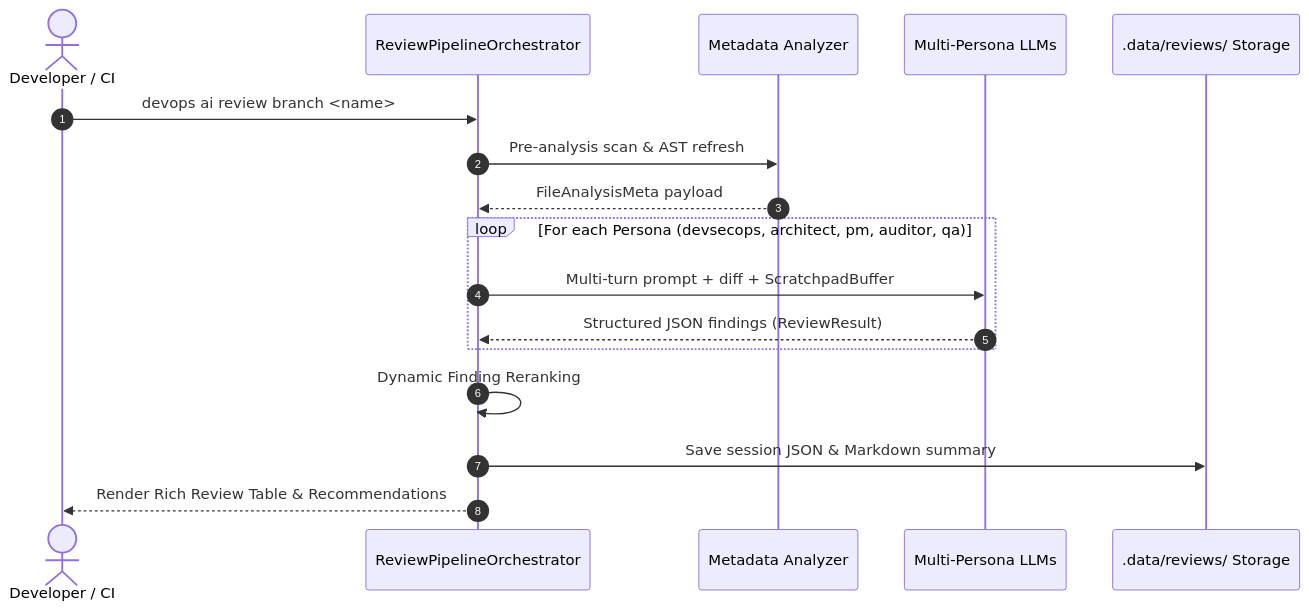
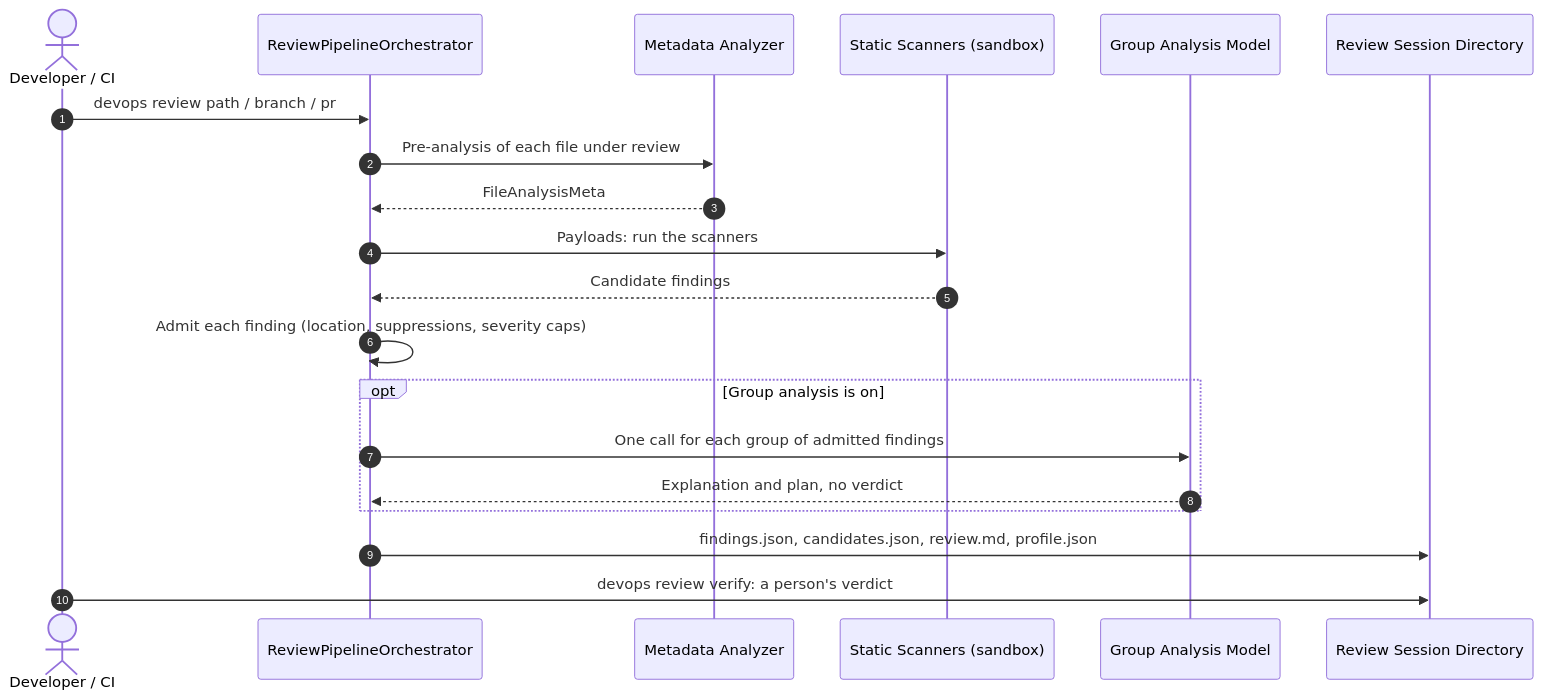
The second of 4 diagrams in ARCHITECTURE.md (dan-petty/devops-cli), drawn with Mermaid before and after one commit. The commit also changed other lines of this file and 34 other files, not shown here.

First line of the commit message:
refactor(ai): delete devops ai pipeline and persona leftovers (#5044)

````diff
--- a/ARCHITECTURE.md
+++ b/ARCHITECTURE.md
@@ -57,20 +57,23 @@
 ```mermaid
 sequenceDiagram
     autonumber
     actor Dev as Developer / CI
     participant Orch as ReviewPipelineOrchestrator
     participant Meta as Metadata Analyzer
-    participant LLM as Multi-Persona LLMs
-    participant Store as .data/reviews/ Storage
+    participant Tools as Static Scanners (sandbox)
+    participant LLM as Group Analysis Model
+    participant Store as Review Session Directory
 
-    Dev->>Orch: devops ai review branch <name>
-    Orch->>Meta: Pre-analysis scan & AST refresh
-    Meta-->>Orch: FileAnalysisMeta payload
-    loop For each Persona (devsecops, architect, pm, auditor, qa)
-        Orch->>LLM: Multi-turn prompt + diff + ScratchpadBuffer
-        LLM-->>Orch: Structured JSON findings (ReviewResult)
+    Dev->>Orch: devops review path / branch / pr
+    Orch->>Meta: Pre-analysis of each file under review
+    Meta-->>Orch: FileAnalysisMeta
+    Orch->>Tools: Payloads: run the scanners
+    Tools-->>Orch: Candidate findings
+    Orch->>Orch: Admit each finding (location, suppressions, severity caps)
+    opt Group analysis is on
+        Orch->>LLM: One call for each group of admitted findings
+        LLM-->>Orch: Explanation and plan, no verdict
     end
-    Orch->>Orch: Dynamic Finding Reranking
-    Orch->>Store: Save session JSON & Markdown summary
-    Orch-->>Dev: Render Rich Review Table & Recommendations
+    Orch->>Store: findings.json, candidates.json, review.md, profile.json
+    Dev->>Store: devops review verify: a person's verdict
 ```
````
